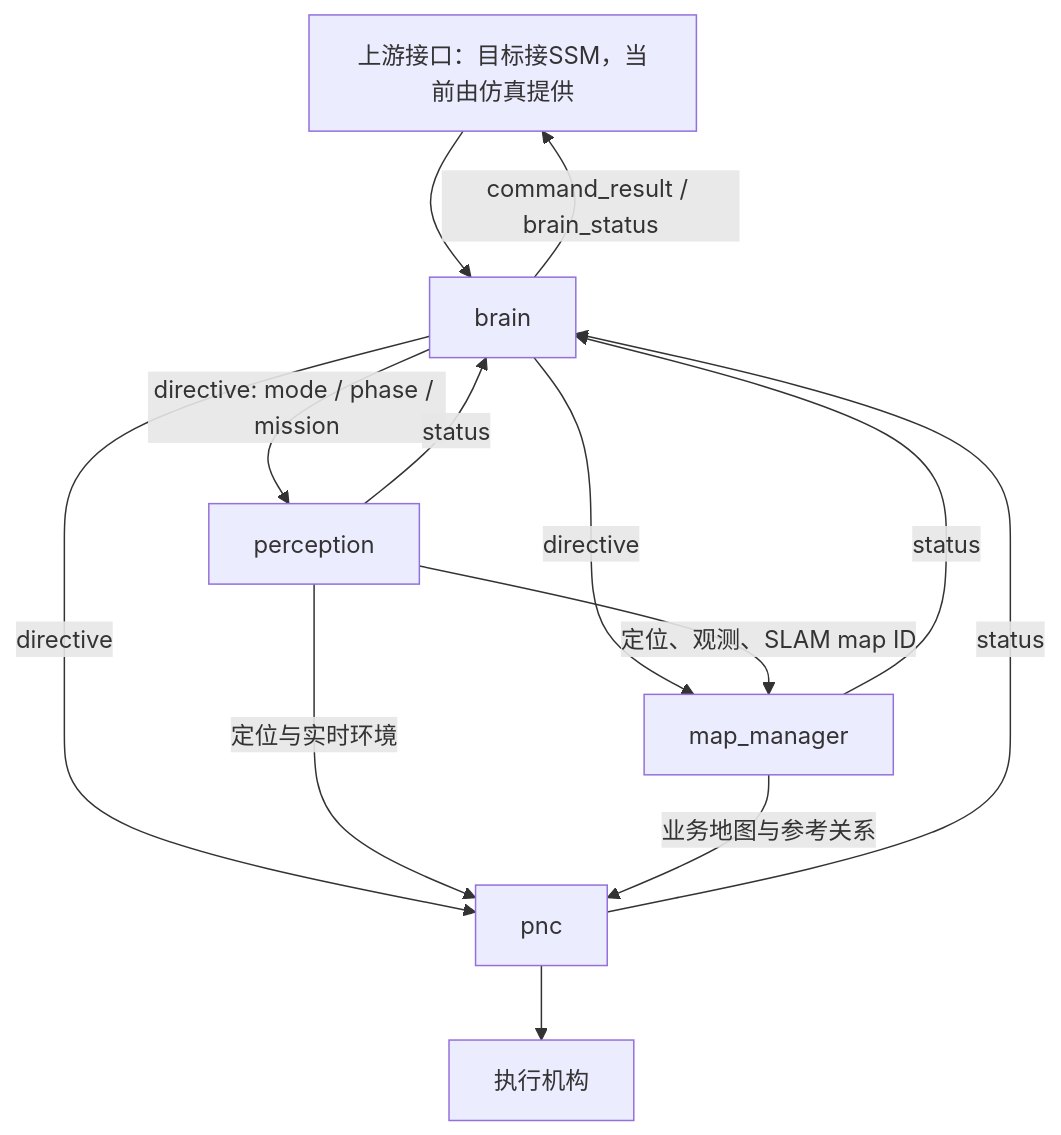
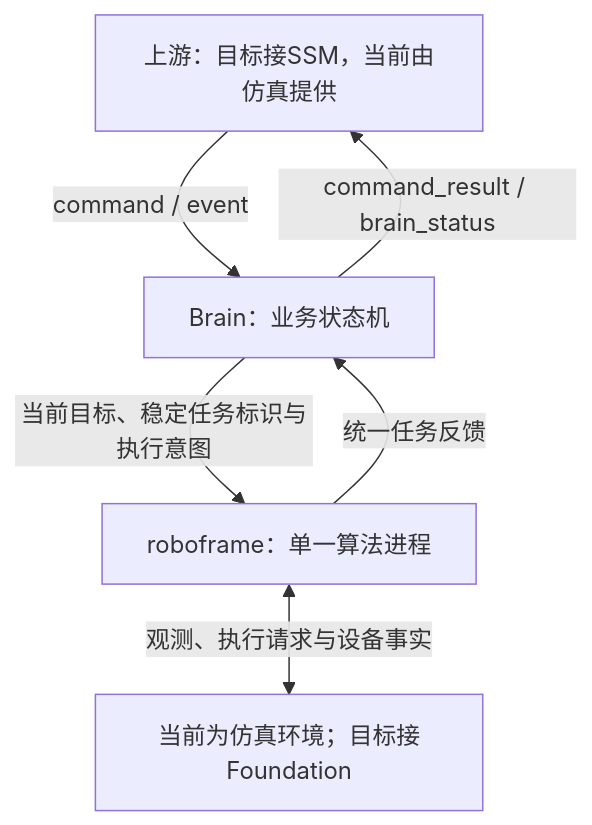
One commit to PU-UP/robotic-mower changed the diagram in README.md. Above: the diagram before and after it, drawn with Mermaid. The commit also changed other lines of this file and 38 other files, not shown here.

First line of the commit message:
refactor: align Brain with the single roboframe task boundary

````diff
--- a/README.md
+++ b/README.md
@@ -31,15 +28,8 @@
 ```mermaid
 flowchart TB
-    U[上游接口：目标接SSM，当前由仿真提供] --> B[brain]
+    U[上游：目标接SSM，当前由仿真提供] -->|command / event| B[Brain：业务状态机]
     B -->|command_result / brain_status| U
-    B -->|directive: mode / phase / mission| P[perception]
-    B -->|directive| M[map_manager]
-    B -->|directive| N[pnc]
-    P -->|status| B
-    M -->|status| B
-    N -->|status| B
-    P -->|定位、观测、SLAM map ID| M
-    P -->|定位与实时环境| N
-    M -->|业务地图与参考关系| N
-    N --> A[执行机构]
+    B -->|当前目标、稳定任务标识与执行意图| R[roboframe：单一算法进程]
+    R -->|统一任务反馈| B
+    R <-->|观测、执行请求与设备事实| W[当前为仿真环境；目标接Foundation]
 ```
````
